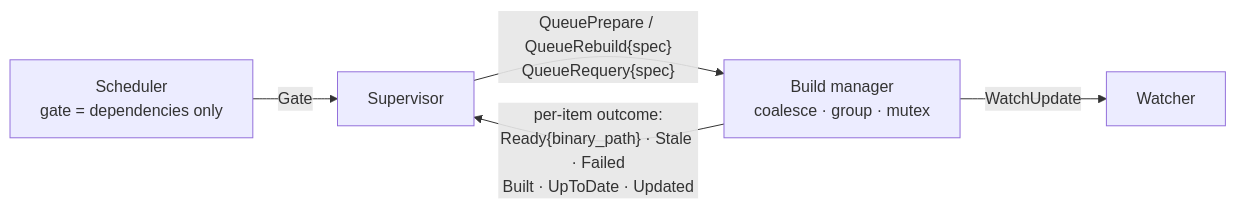
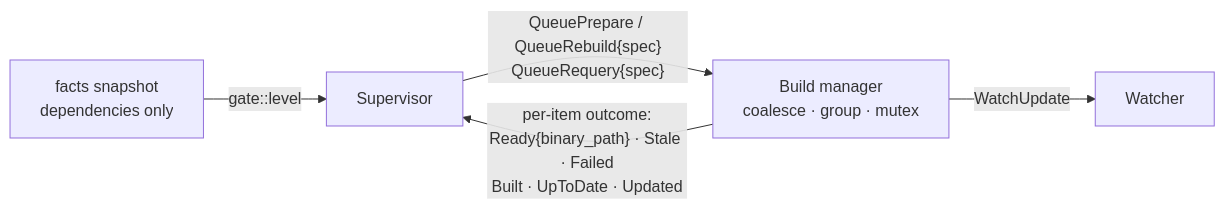
The fourth of 4 diagrams in docs/ownership.md (mcmullinboy15/don), drawn with Mermaid before and after one commit. The commit also changed other lines of this file and 59 other files, not shown here.

````diff
--- a/docs/ownership.md
+++ b/docs/ownership.md
@@ -183,7 +334,7 @@
 ```mermaid
 flowchart LR
-    G["Scheduler<br/>gate = dependencies only"] -->|"Gate"| S
+    G["facts snapshot<br/>dependencies only"] -->|"gate::level"| S
     S["Supervisor"] -->|"QueuePrepare / QueueRebuild{spec}<br/>QueueRequery{spec}"| M["Build manager<br/>coalesce · group · mutex"]
     M -->|"per-item outcome:<br/>Ready{binary_path} · Stale · Failed<br/>Built · UpToDate · Updated"| S
     M -->|"WatchUpdate"| W["Watcher"]
 ```
````
